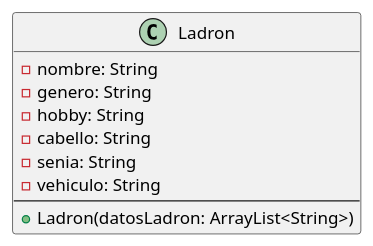
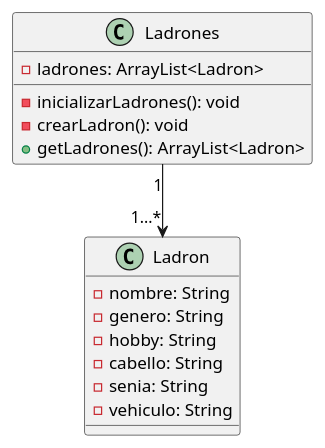
Before and after one commit to alexguttlein/TP2-CarmenSandiego: the diagram in diagrams/classes/Entrega1/claseLadron.puml, drawn with PlantUML. The commit also changed 12 other files, not shown here.

Commit message:
Se actualizan diagramas

```diff
--- a/diagrams/classes/Entrega1/claseLadron.puml
+++ b/diagrams/classes/Entrega1/claseLadron.puml
@@ -1,15 +1,20 @@
 @startuml
 
 class Ladron {
     -nombre: String
     -genero: String
     -hobby: String
     -cabello: String
     -senia: String
     -vehiculo: String
-    --
-    +Ladron(datosLadron: ArrayList<String>)
 }
 
+class Ladrones{
+    - ladrones: ArrayList<Ladron>
+    - inicializarLadrones(): void
+    - crearLadron(): void
+    + getLadrones(): ArrayList<Ladron>
+}
 
+Ladrones "1"-->"1...*" Ladron
 @enduml
```
